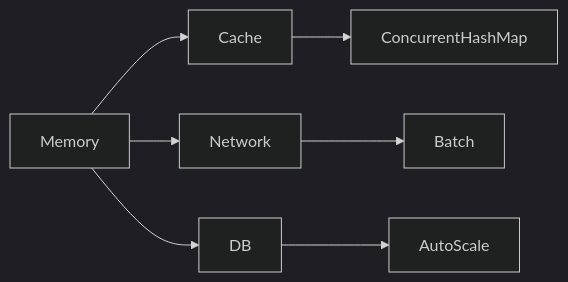
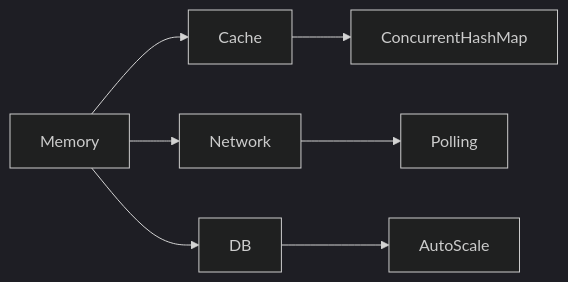
One commit to yeokyeong-yoon/yeokyeong-yoon.github.io changed the third of 7 diagrams in _posts/2025-03-15-feature-flag-system.md. Above: the diagram before and after it, drawn with Mermaid (dark theme).

Commit message:
docs: correct performance optimization strategy - replace batch with polling

````diff
--- a/_posts/2025-03-15-feature-flag-system.md
+++ b/_posts/2025-03-15-feature-flag-system.md
@@ -533,9 +533,9 @@
 ```mermaid
 graph LR
     A[Memory] --> B[Cache]
     A --> C[Network]
     A --> D[DB]
     B --> E[ConcurrentHashMap]
-    C --> F[Batch]
+    C --> F[Polling]
     D --> G[AutoScale]
 ```
````
